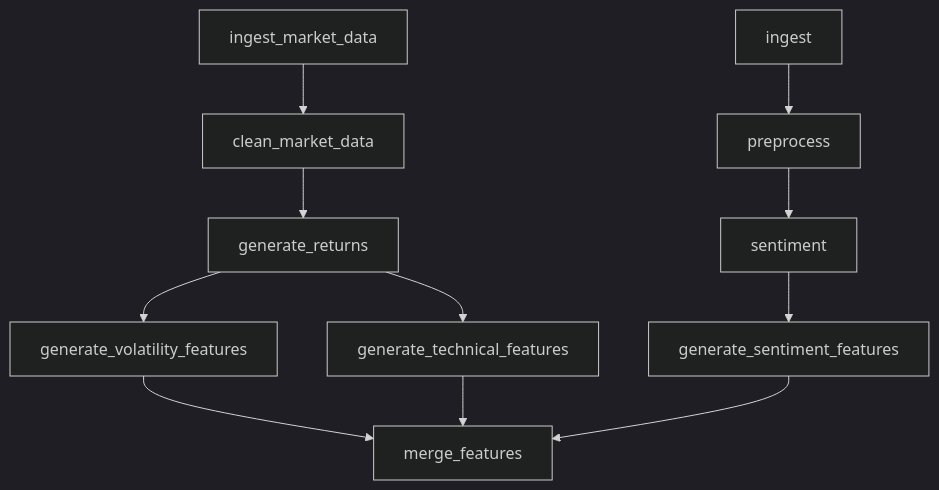
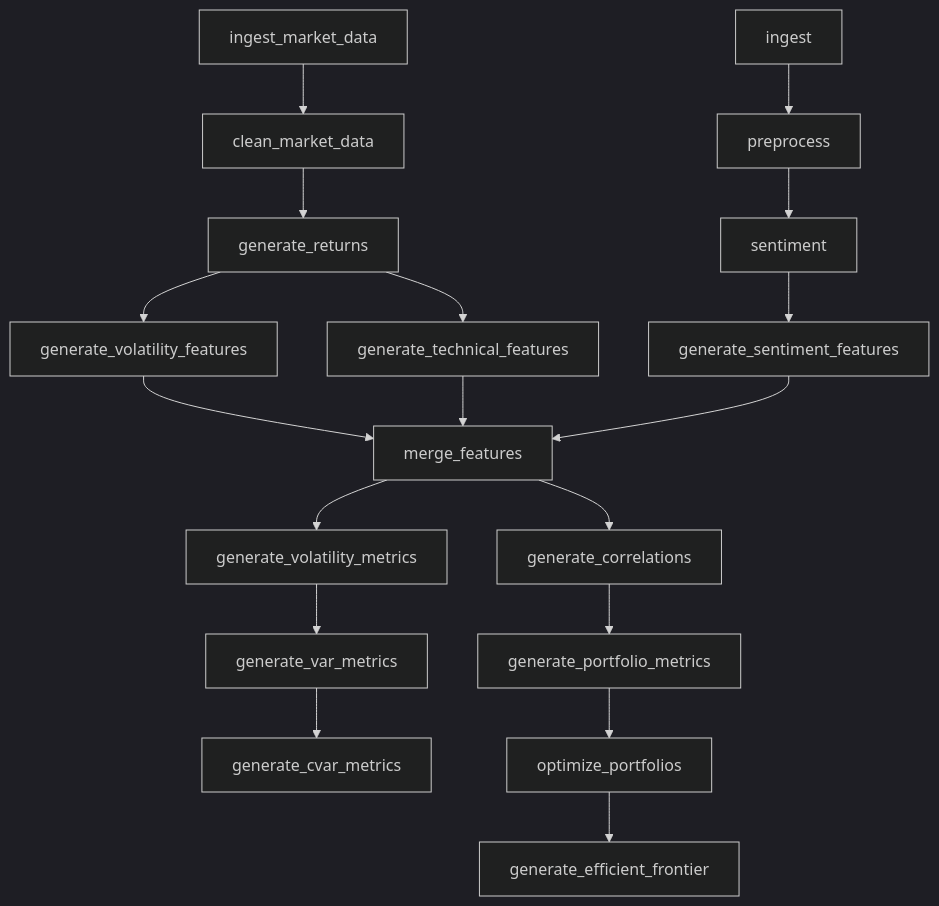
One commit to R1G12/ai-quant-risk-engine changed the second of 2 diagrams in README.md. Above: the diagram before and after it, drawn with Mermaid (dark theme). The commit also changed other lines of this file and 83 other files, not shown here.

````diff
--- a/README.md
+++ b/README.md
@@ -41,12 +36,19 @@
 ```mermaid
 flowchart TB
   ingest[ingest] --> preprocess[preprocess] --> sentiment[sentiment]
   ingest_m[ingest_market_data] --> clean_m[clean_market_data]
   clean_m --> gen_ret[generate_returns]
   gen_ret --> gen_vol[generate_volatility_features]
   gen_ret --> gen_tech[generate_technical_features]
   sentiment --> gen_sent[generate_sentiment_features]
   gen_vol --> merge[merge_features]
   gen_tech --> merge
   gen_sent --> merge
+  merge --> risk_vol[generate_volatility_metrics]
+  risk_vol --> risk_var[generate_var_metrics]
+  risk_var --> risk_cvar[generate_cvar_metrics]
+  merge --> risk_corr[generate_correlations]
+  risk_corr --> risk_port[generate_portfolio_metrics]
+  risk_port --> risk_opt[optimize_portfolios]
+  risk_opt --> risk_front[generate_efficient_frontier]
 ```
````
